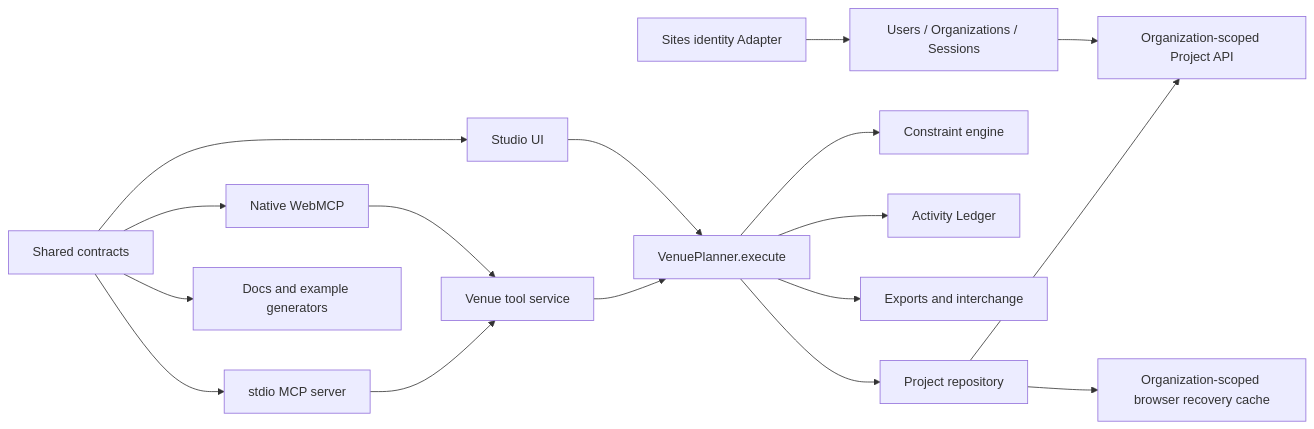
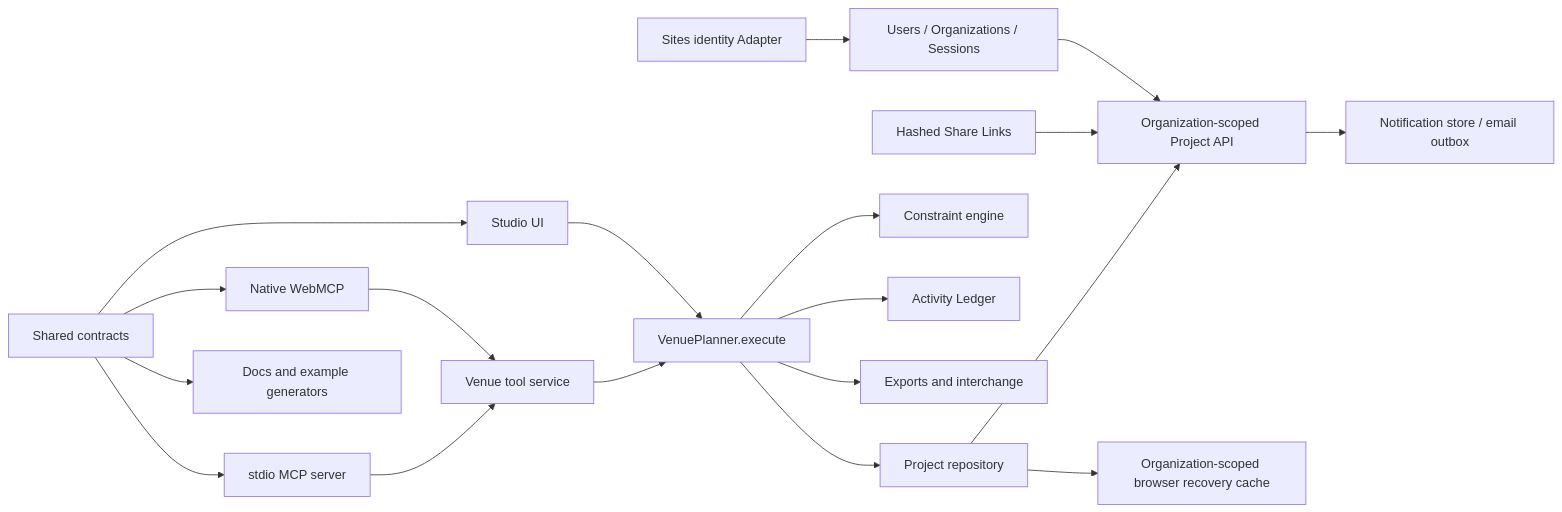
The first of 2 diagrams in public/guides/architecture.md (Seyamalam/venue-mind), drawn with Mermaid before and after one commit. The commit also changed other lines of this file and 13 other files, not shown here.

````diff
--- a/public/guides/architecture.md
+++ b/public/guides/architecture.md
@@ -7,19 +7,21 @@
 ```mermaid
 flowchart LR
   IDP[Sites identity Adapter] --> ACCOUNTS[Users / Organizations / Sessions]
   ACCOUNTS --> API[Organization-scoped Project API]
+  SHARE[Hashed Share Links] --> API
+  API --> NOTIFY[Notification store / email outbox]
   UI[Studio UI] --> BUS[VenuePlanner.execute]
   WEB[Native WebMCP] --> SERVICE[Venue tool service]
   MCP[stdio MCP server] --> SERVICE
   SERVICE --> BUS
   CONTRACTS[Shared contracts] --> UI
   CONTRACTS --> WEB
   CONTRACTS --> MCP
   CONTRACTS --> DOCGEN[Docs and example generators]
   BUS --> VALIDATE[Constraint engine]
   BUS --> LEDGER[Activity Ledger]
   BUS --> EXPORTS[Exports and interchange]
   BUS --> PROJECTS[Project repository]
   PROJECTS --> API
   PROJECTS --> LOCAL[Organization-scoped browser recovery cache]
 ```
````
